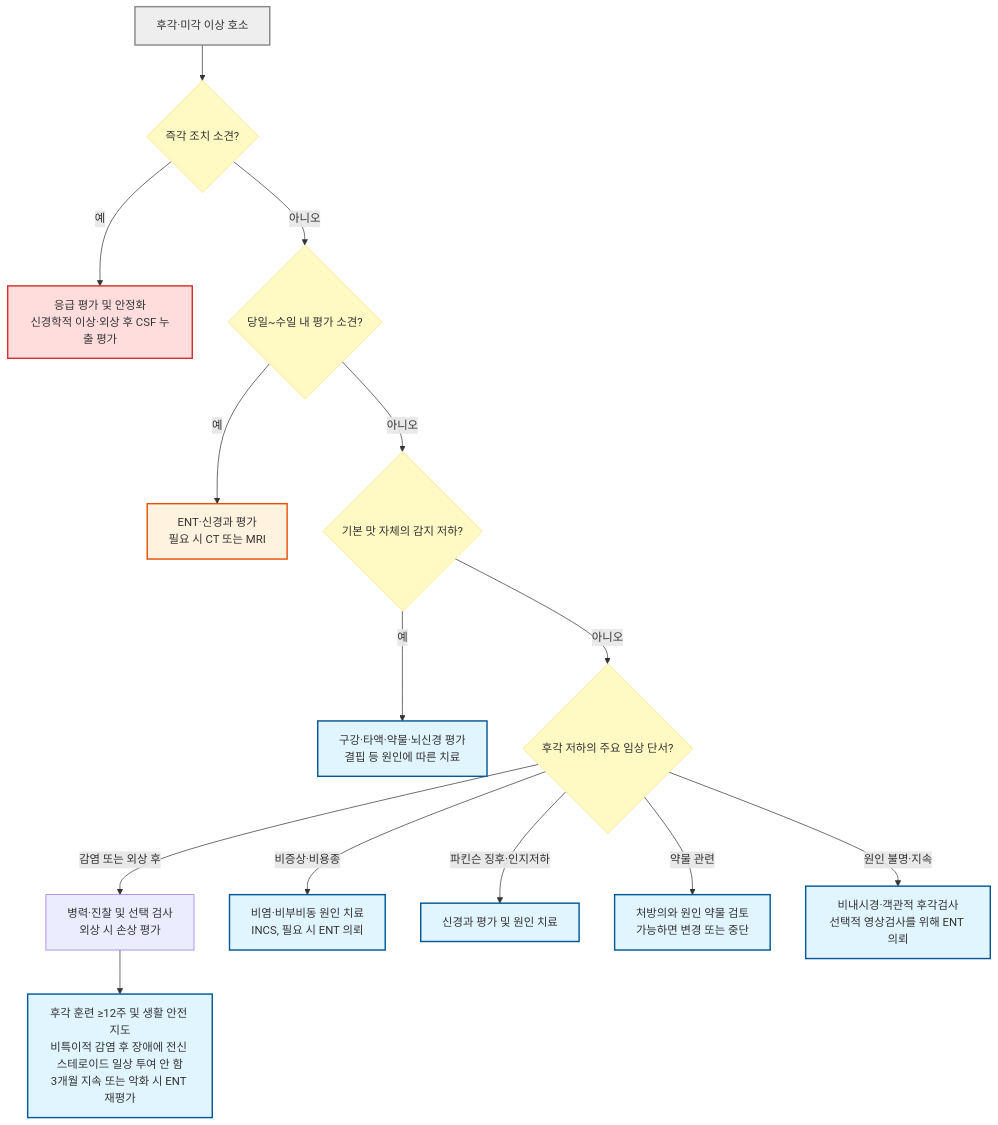
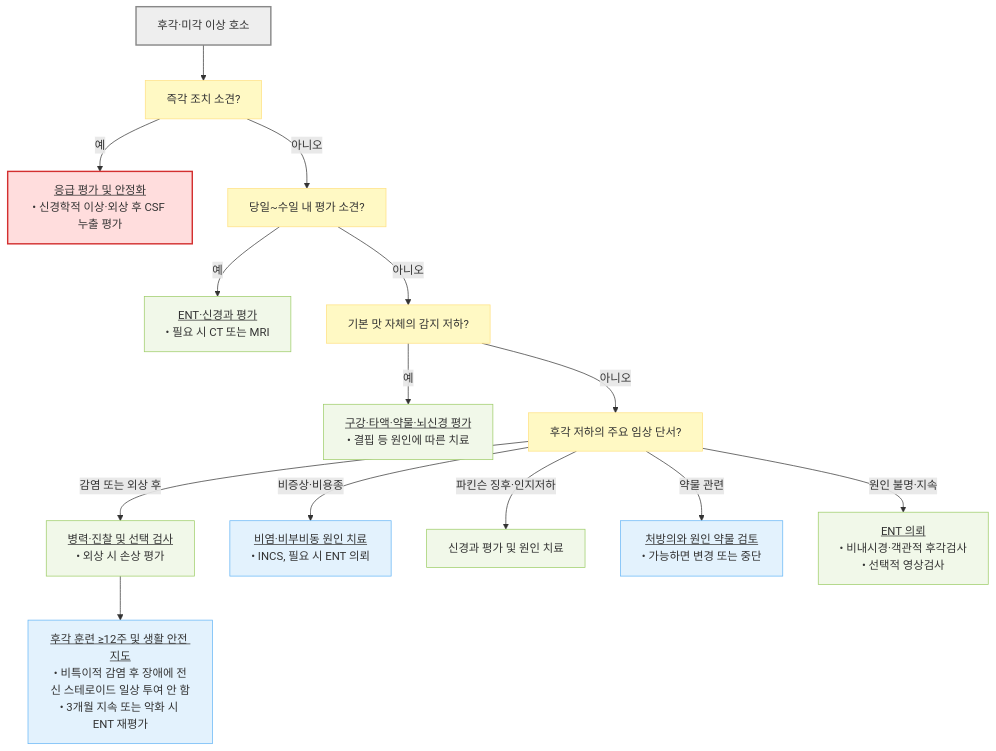
The diagram in 220_/005_-smell-taste-disorders.md (familyoh77/familyoh77), drawn with Mermaid before and after one commit. The commit also changed 13 other files, not shown here.

````diff
--- a/220_/005_-smell-taste-disorders.md
+++ b/220_/005_-smell-taste-disorders.md
@@ -174,23 +174,27 @@
 ```mermaid
 flowchart TD
-    A["후각·미각 이상 호소"] --> D{"즉각 조치 소견?"}
-    D -- "예" --> E1["응급 평가 및 안정화<br>신경학적 이상·외상 후 CSF 누출 평가"]
-    D -- "아니오" --> D2{"당일~수일 내 평가 소견?"}
-    D2 -- "예" --> E2["ENT·신경과 평가<br>필요 시 CT 또는 MRI"]
-    D2 -- "아니오" --> B{"기본 맛 자체의 감지 저하?"}
-    B -- "예" --> C["구강·타액·약물·뇌신경 평가<br>결핍 등 원인에 따른 치료"]
-    B -- "아니오" --> F{"후각 저하의 주요 임상 단서?"}
-    F -- "감염 또는 외상 후" --> K["병력·진찰 및 선택 검사<br>외상 시 손상 평가"]
-    F -- "비증상·비용종" --> L["비염·비부비동 원인 치료<br>INCS, 필요 시 ENT 의뢰"]
+    A["후각·미각 이상 호소"] --> D["즉각 조치 소견?"]
+    D -- "예" --> E1["<u>응급 평가 및 안정화</u><br/>• 신경학적 이상·외상 후 CSF 누출 평가"]
+    D -- "아니오" --> D2["당일~수일 내 평가 소견?"]
+    D2 -- "예" --> E2["<u>ENT·신경과 평가</u><br/>• 필요 시 CT 또는 MRI"]
+    D2 -- "아니오" --> B["기본 맛 자체의 감지 저하?"]
+    B -- "예" --> C["<u>구강·타액·약물·뇌신경 평가</u><br/>• 결핍 등 원인에 따른 치료"]
+    B -- "아니오" --> F["후각 저하의 주요 임상 단서?"]
+    F -- "감염 또는 외상 후" --> K["<u>병력·진찰 및 선택 검사</u><br/>• 외상 시 손상 평가"]
+    F -- "비증상·비용종" --> L["<u>비염·비부비동 원인 치료</u><br/>• INCS, 필요 시 ENT 의뢰"]
     F -- "파킨슨 징후·인지저하" --> M["신경과 평가 및 원인 치료"]
-    F -- "약물 관련" --> P["처방의와 원인 약물 검토<br>가능하면 변경 또는 중단"]
-    F -- "원인 불명·지속" --> Q["비내시경·객관적 후각검사<br>선택적 영상검사를 위해 ENT 의뢰"]
-    K --> N["후각 훈련 ≥12주 및 생활 안전 지도<br>비특이적 감염 후 장애에 전신 스테로이드 일상 투여 안 함<br>3개월 지속 또는 악화 시 ENT 재평가"]
+    F -- "약물 관련" --> P["<u>처방의와 원인 약물 검토</u><br/>• 가능하면 변경 또는 중단"]
+    F -- "원인 불명·지속" --> Q["<u>ENT 의뢰</u><br/>• 비내시경·객관적 후각검사<br/>• 선택적 영상검사"]
+    K --> N["<u>후각 훈련 ≥12주 및 생활 안전 지도</u><br/>• 비특이적 감염 후 장애에 전신 스테로이드 일상 투여 안 함<br/>• 3개월 지속 또는 악화 시 ENT 재평가"]
+
+    classDef start fill:#eeeeee,stroke:#888888,stroke-width:2px
     classDef question fill:#fff9c4,stroke:#ffe082
-    classDef treatment fill:#e1f5fe,stroke:#01579b,stroke-width:2px
+    classDef emergency fill:#ffdddd,stroke:#d32f2f,stroke-width:2px
+    classDef evaluation fill:#f1f8e9,stroke:#9ccc65
+    classDef treatment fill:#e3f2fd,stroke:#64b5f6
+    class A start
     class D,D2,B,F question
-    class C,L,M,P,N,Q treatment
-    style E1 fill:#ffdddd,stroke:#d32f2f,stroke-width:2px
-    style E2 fill:#fff3e0,stroke:#e65100,stroke-width:2px
-    style A fill:#eeeeee,stroke:#888888,stroke-width:2px
+    class E1 emergency
+    class E2,C,K,M,Q evaluation
+    class L,P,N treatment
 ```
````
